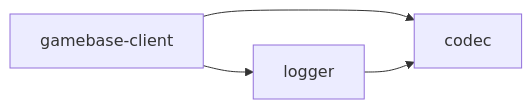
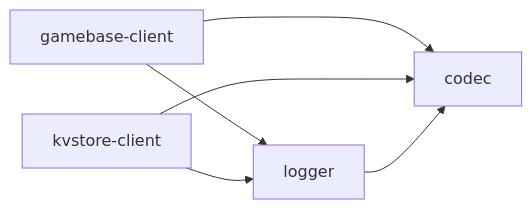
The diagram in README.md (yingyeothon/csharplib), drawn with Mermaid before and after one commit. The commit also changed other lines of this file and 58 other files, not shown here.

````diff
--- a/README.md
+++ b/README.md
@@ -47,6 +49,8 @@
 ```mermaid
 graph LR
   gamebase-client --> codec
   gamebase-client --> logger
+  kvstore-client --> codec
+  kvstore-client --> logger
   logger --> codec
 ```
````
